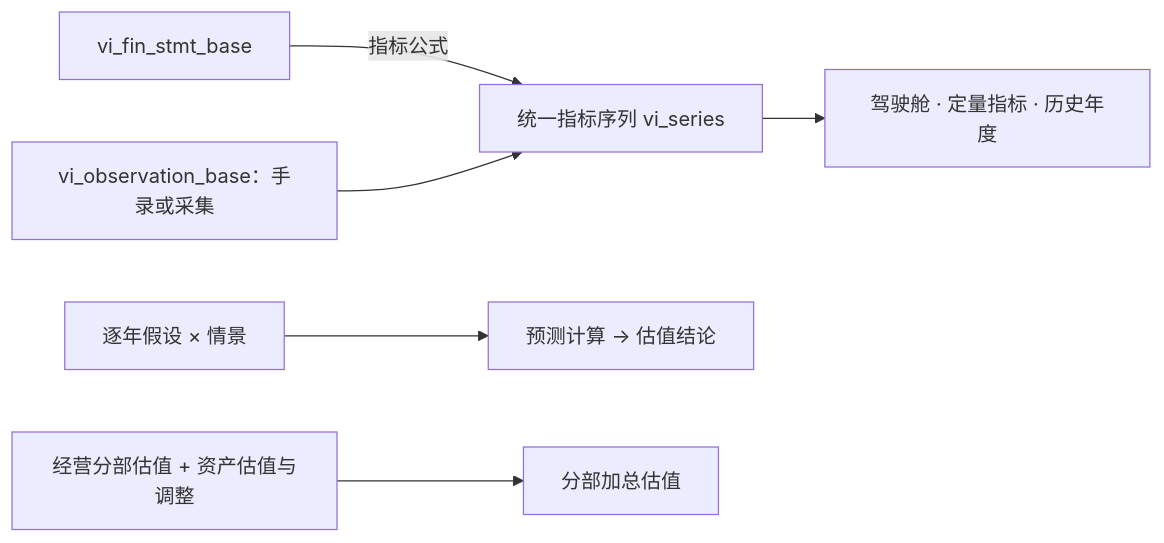
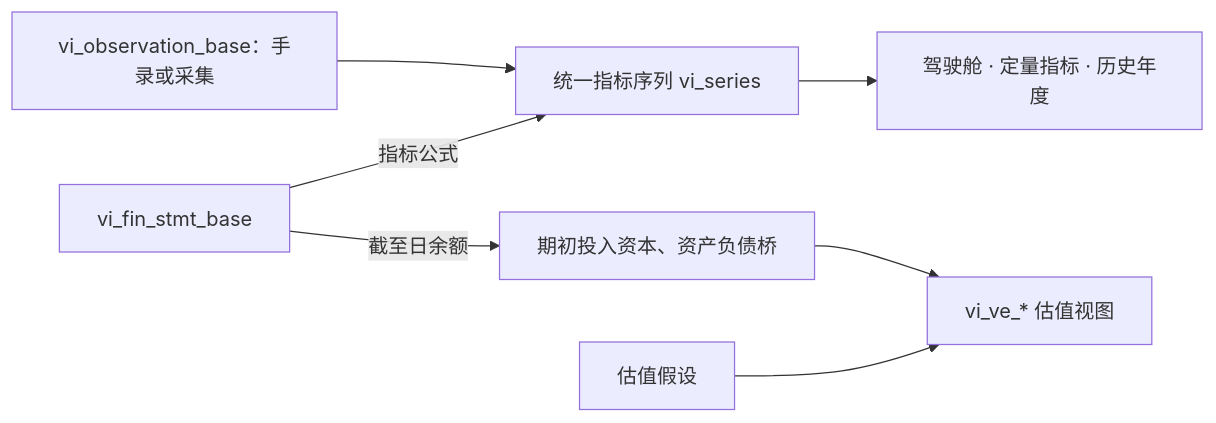
Before and after one commit to lzcjsyr/value-investing: the third of 3 diagrams in 后台数据结构说明/数据结构说明.md, drawn with Mermaid. The commit also changed other lines of this file and 57 other files, not shown here.

````diff
--- a/后台数据结构说明/数据结构说明.md
+++ b/后台数据结构说明/数据结构说明.md
@@ -30,8 +120,9 @@
 ```mermaid
 flowchart LR
   F[vi_fin_stmt_base] -->|指标公式| S[统一指标序列 vi_series]
   O[vi_observation_base：手录或采集] --> S
   S --> P[驾驶舱 · 定量指标 · 历史年度]
-  A[逐年假设 × 情景] --> V[预测计算 → 估值结论]
-  B[经营分部估值 + 资产估值与调整] --> W[分部加总估值]
+  F -->|截至日余额| IC[期初投入资本、资产负债桥]
+  A[估值假设] --> VE[vi_ve_* 估值视图]
+  IC --> VE
 ```
````
